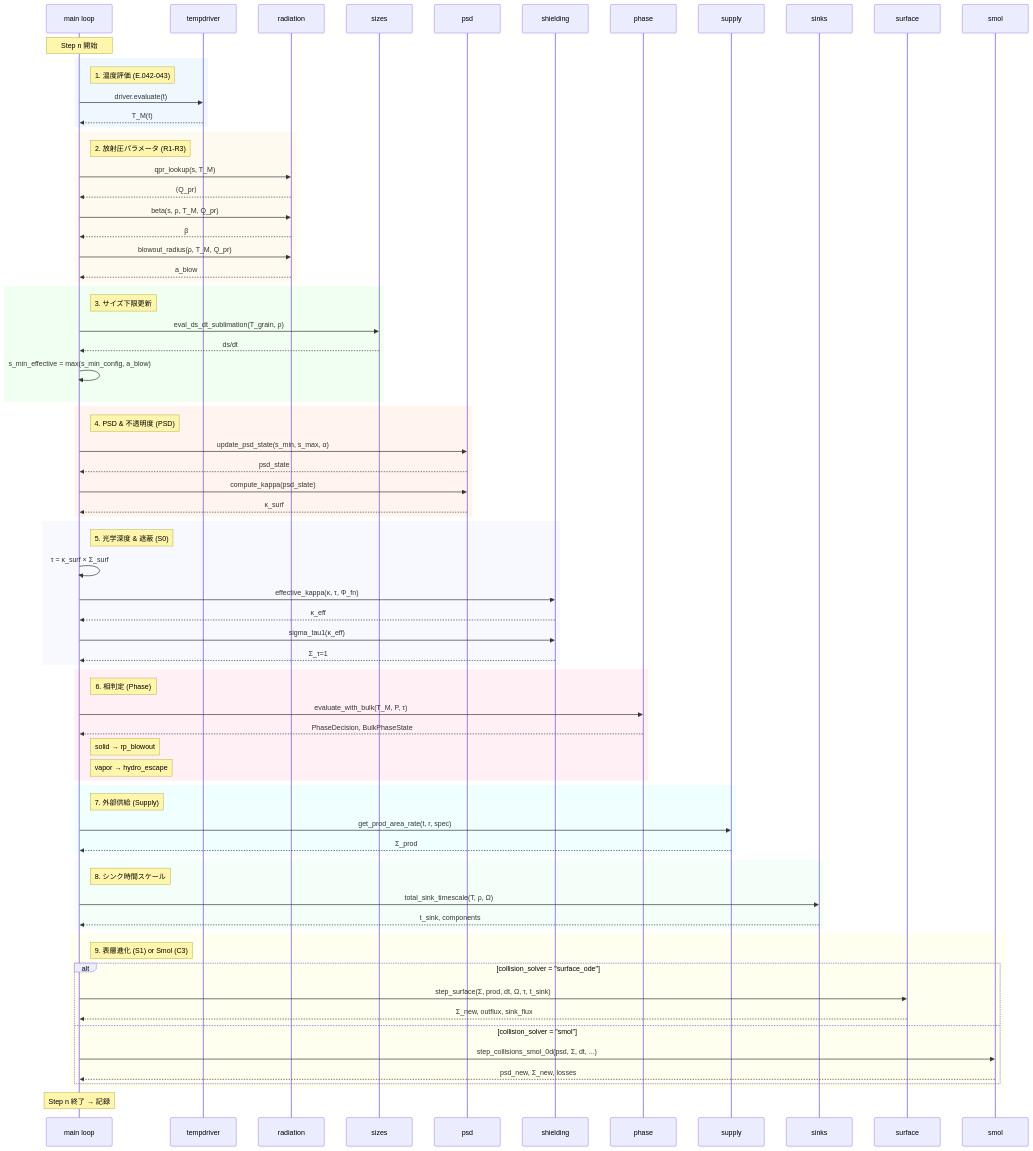
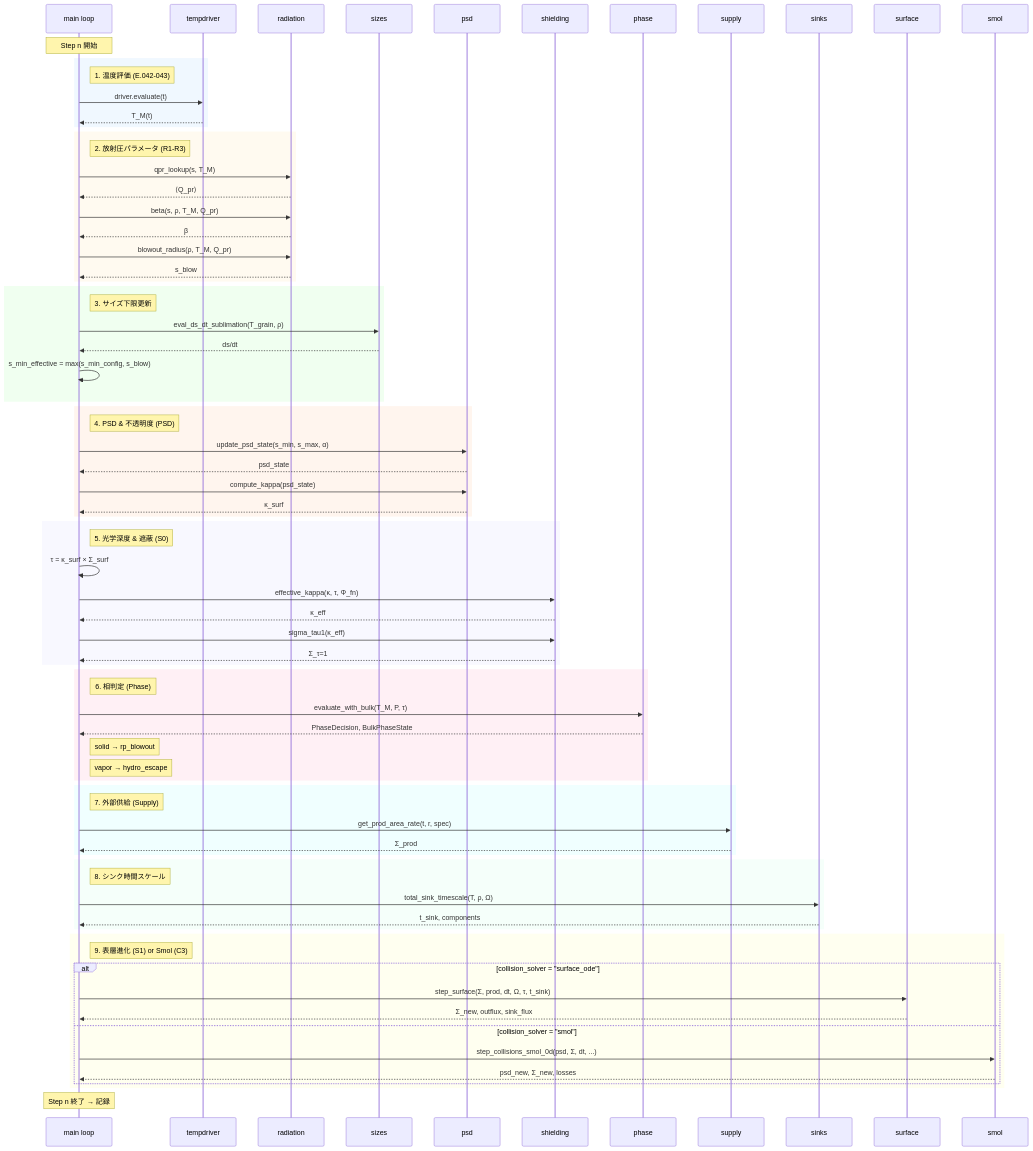
The second of 13 diagrams in analysis/physics_flow.md (Einfeld686/MarsDiskSimulation), drawn with Mermaid before and after one commit. The commit also changed other lines of this file and 21 other files, not shown here.

```diff
--- a/analysis/physics_flow.md
+++ b/analysis/physics_flow.md
@@ -86,14 +86,14 @@
         M->>RAD: beta(s, ρ, T_M, Q_pr)
         RAD-->>M: β
         M->>RAD: blowout_radius(ρ, T_M, Q_pr)
-        RAD-->>M: a_blow
+        RAD-->>M: s_blow
     end
     
     rect rgb(240, 255, 240)
         Note right of M: 3. サイズ下限更新
         M->>SZ: eval_ds_dt_sublimation(T_grain, ρ)
         SZ-->>M: ds/dt
-        M->>M: s_min_effective = max(s_min_config, a_blow)
+        M->>M: s_min_effective = max(s_min_config, s_blow)
     end
     
     rect rgb(255, 245, 238)
```
